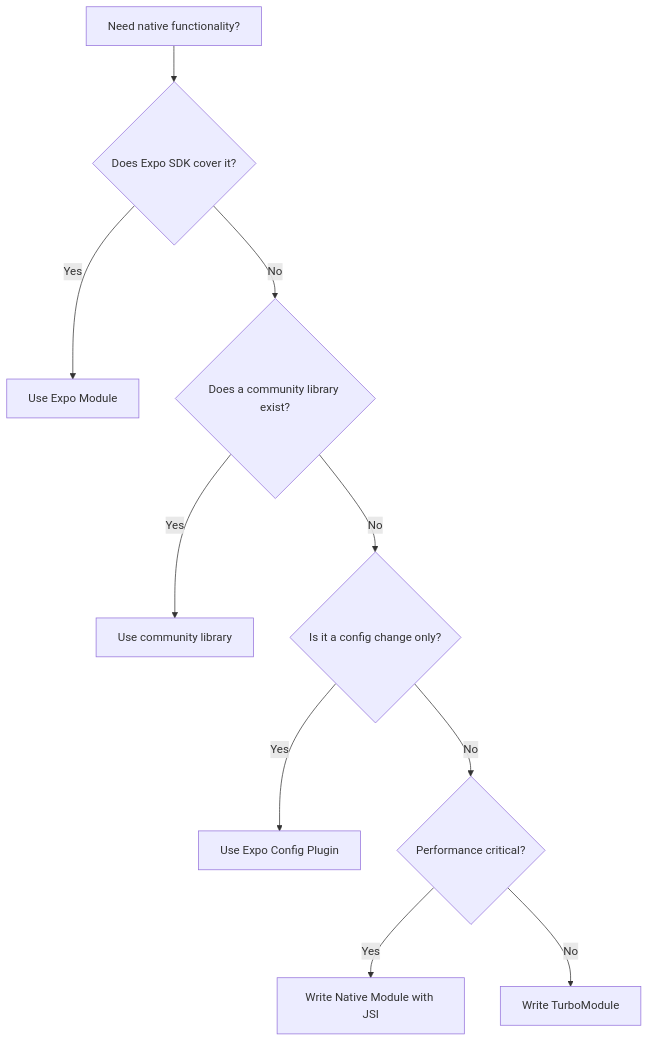
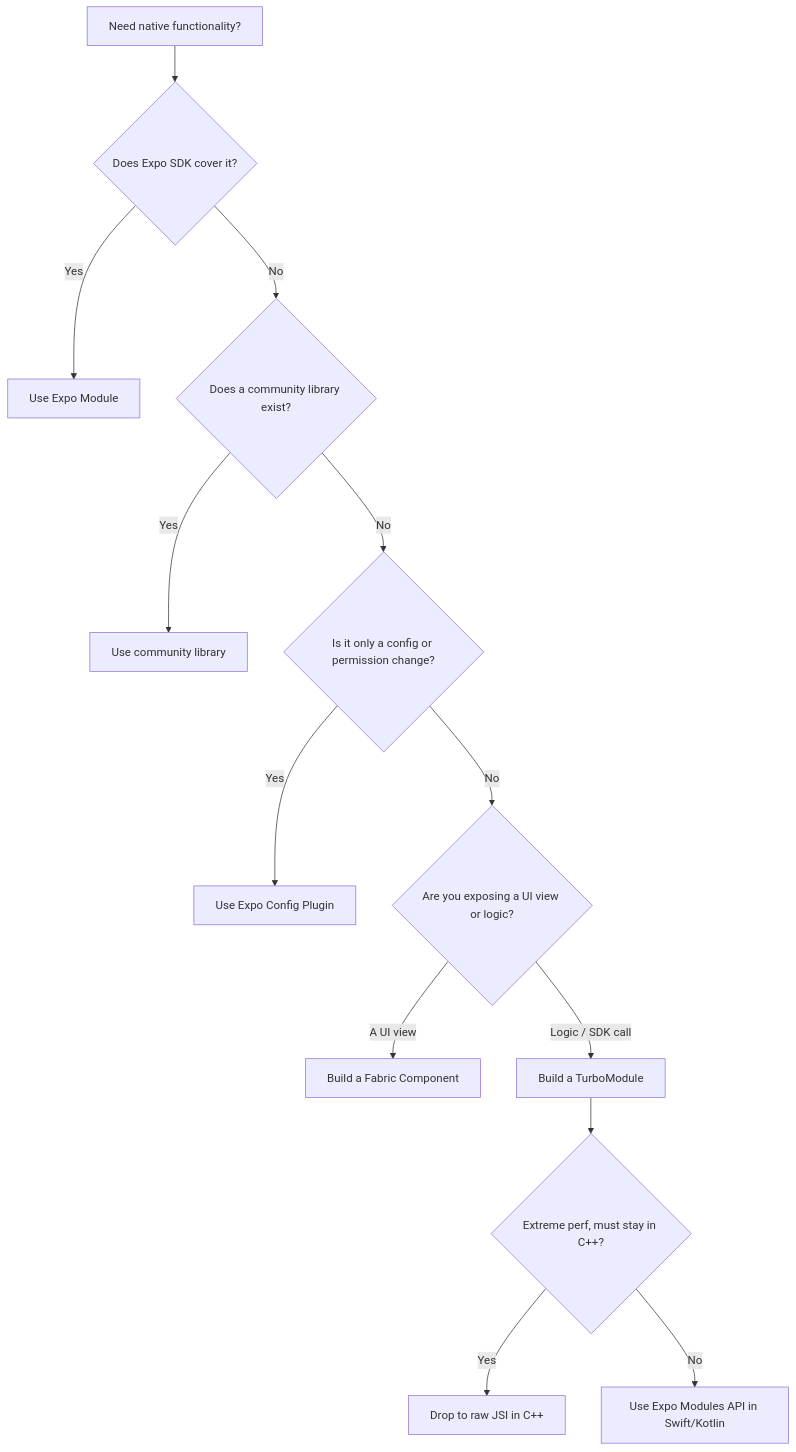
The fifth of 7 diagrams in arguments/chapters/rn-14-native-modules.md (BabaScience/react-guides), drawn with Mermaid before and after one commit. The commit also changed other lines of this file and 63 other files, not shown here.

First line of the commit message:
Enrich React Native roadmap with deeper content, visuals, and FR/IT translations

````diff
--- a/arguments/chapters/rn-14-native-modules.md
+++ b/arguments/chapters/rn-14-native-modules.md
@@ -128,12 +211,15 @@
 ```mermaid
 flowchart TD
     A[Need native functionality?] --> B{Does Expo SDK cover it?}
     B -->|Yes| C[Use Expo Module]
     B -->|No| D{Does a community library exist?}
     D -->|Yes| E[Use community library]
-    D -->|No| F{Is it a config change only?}
+    D -->|No| F{Is it only a config or permission change?}
     F -->|Yes| G[Use Expo Config Plugin]
-    F -->|No| H{Performance critical?}
-    H -->|Yes| I[Write Native Module with JSI]
-    H -->|No| J[Write TurboModule]
+    F -->|No| H{Are you exposing a UI view or logic?}
+    H -->|A UI view| I[Build a Fabric Component]
+    H -->|Logic / SDK call| J[Build a TurboModule]
+    J --> K{Extreme perf, must stay in C++?}
+    K -->|Yes| L[Drop to raw JSI in C++]
+    K -->|No| M[Use Expo Modules API in Swift/Kotlin]
 ```
````
